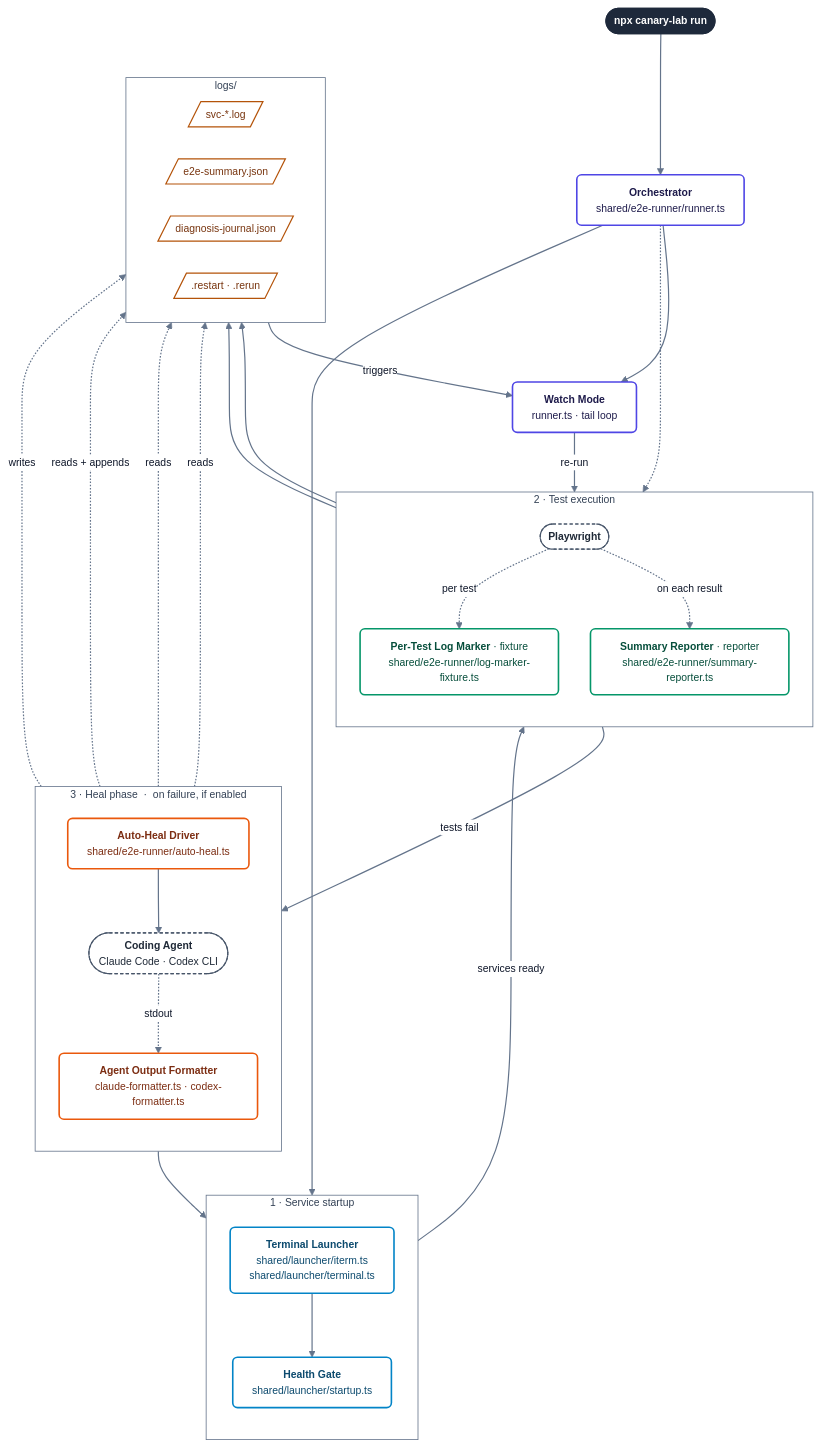
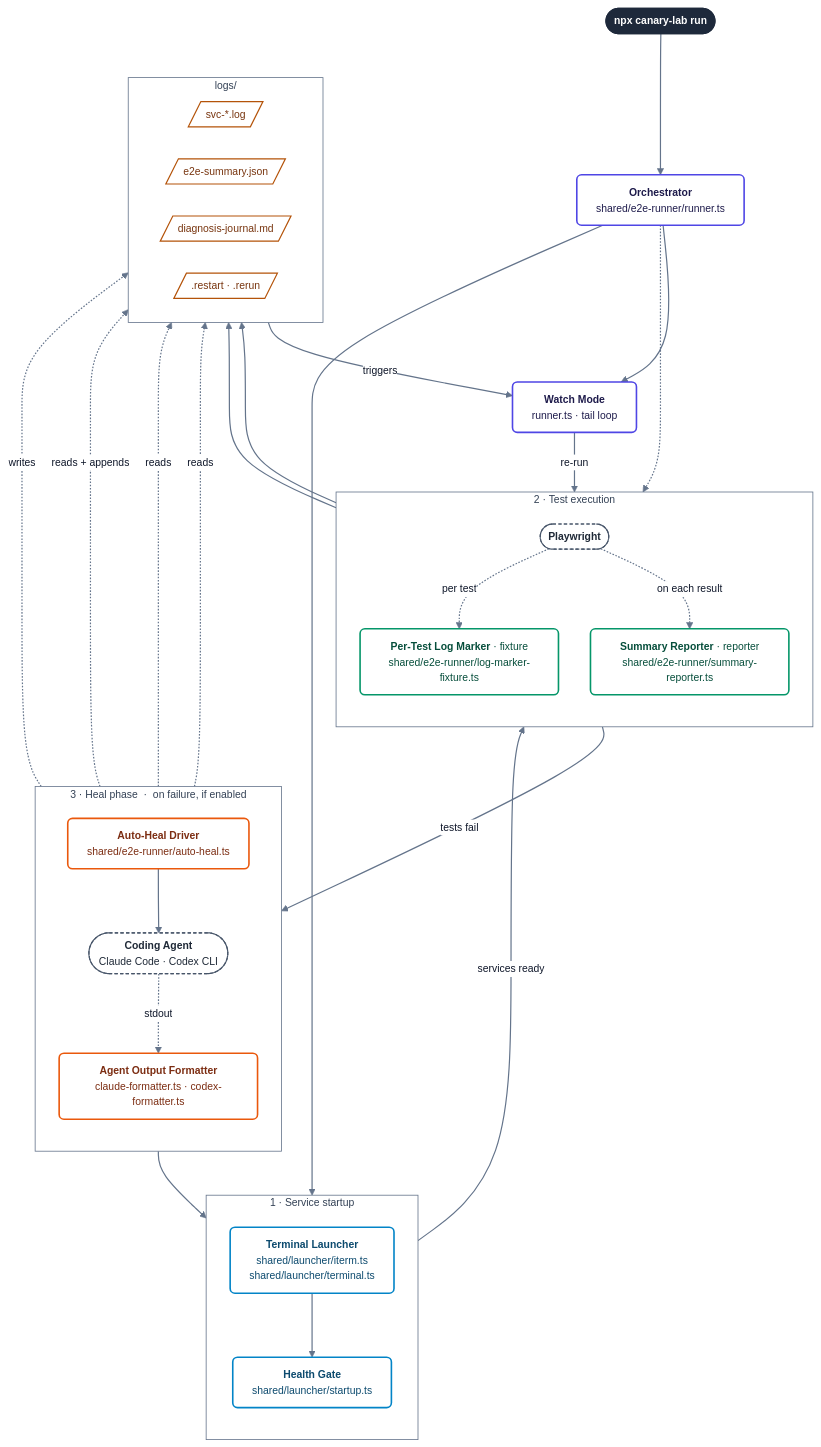
The second of 2 diagrams in README.md (ferterahadi/canary-lab), drawn with Mermaid before and after one commit. The commit also changed other lines of this file and 17 other files, not shown here.

First line of the commit message:
refactor: change diagnosis journal format from JSON to Markdown

```diff
--- a/README.md
+++ b/README.md
@@ -256,7 +256,7 @@
         direction LR
         svclog[/"svc-*.log"/]:::artifact
         summaryjson[/"e2e-summary.json"/]:::artifact
-        journal[/"diagnosis-journal.json"/]:::artifact
+        journal[/"diagnosis-journal.md"/]:::artifact
         signals[/".restart · .rerun"/]:::artifact
     end
 
```
